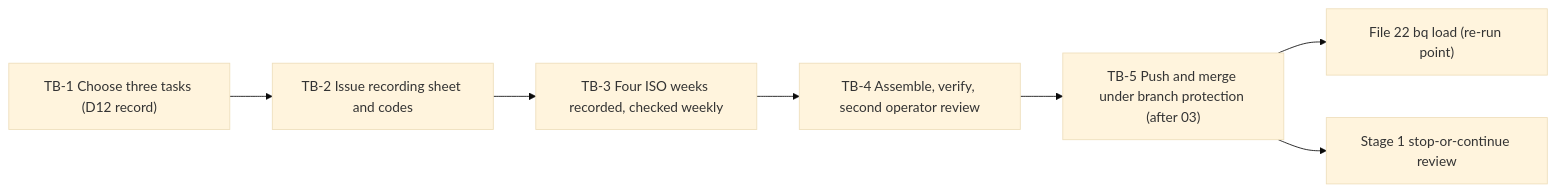
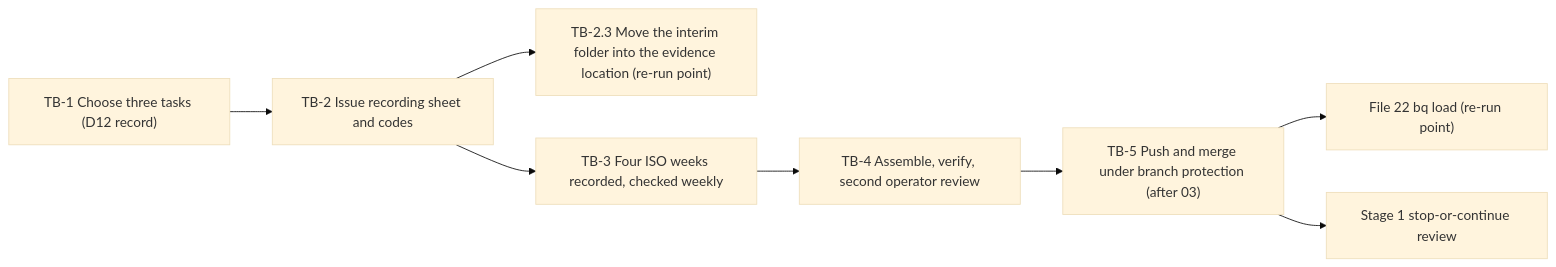
Before and after one commit to jsbdfgidsfg/agentic-platform: the diagram in platform/agentic-platform/setup/02-toil-baseline.md, drawn with Mermaid (base theme). The commit also changed other lines of this file and 41 other files, not shown here.

````diff
--- a/platform/agentic-platform/setup/02-toil-baseline.md
+++ b/platform/agentic-platform/setup/02-toil-baseline.md
@@ -24,9 +24,10 @@
 ```mermaid
 flowchart LR
   A["TB-1 Choose three tasks (D12 record)"] --> B["TB-2 Issue recording sheet and codes"]
+  B --> B2["TB-2.3 Move the interim folder into the evidence location (re-run point)"]
   B --> C["TB-3 Four ISO weeks recorded, checked weekly"]
   C --> D["TB-4 Assemble, verify, second operator review"]
   D --> E["TB-5 Push and merge under branch protection (after 03)"]
   E --> F["File 22 bq load (re-run point)"]
   E --> G["Stage 1 stop-or-continue review"]
 ```
````
